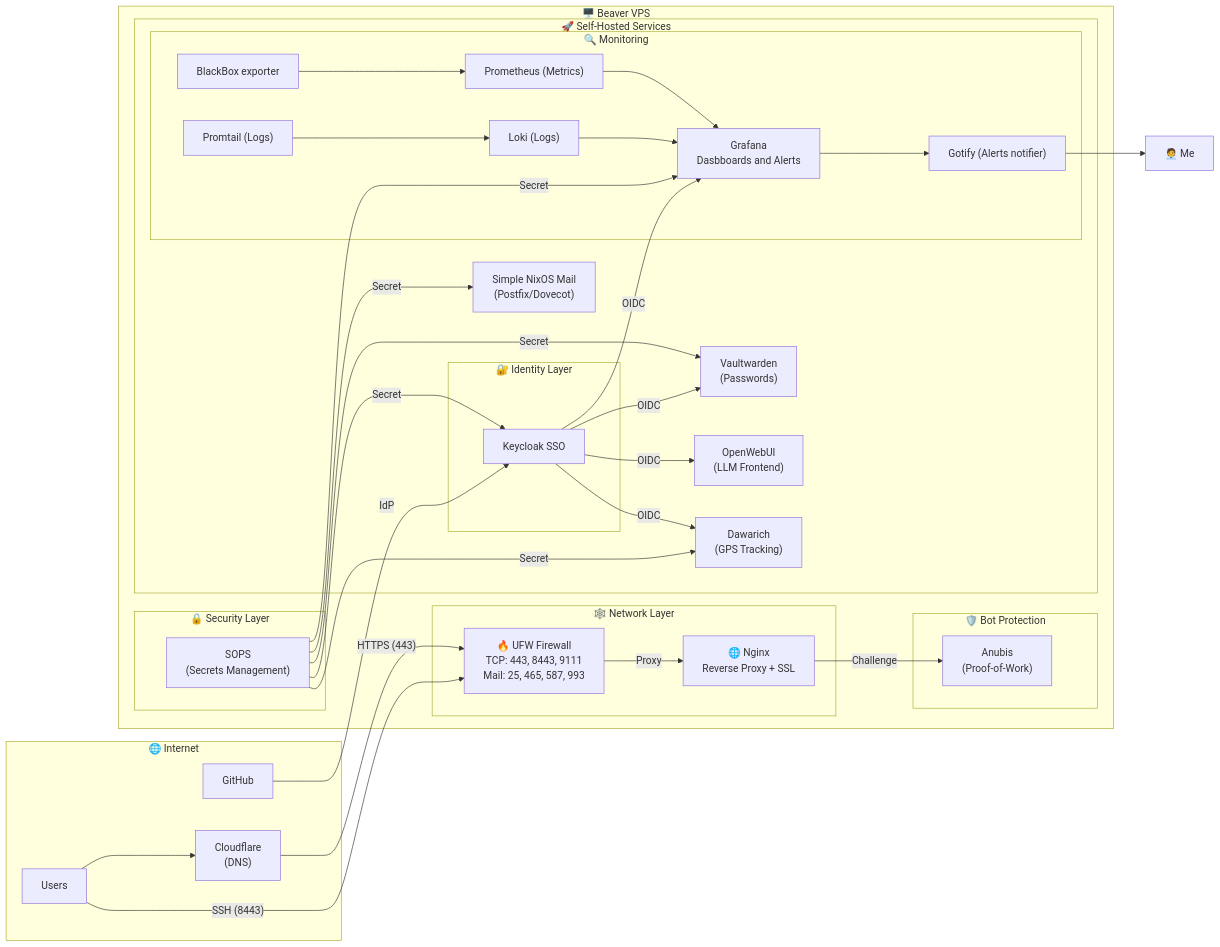
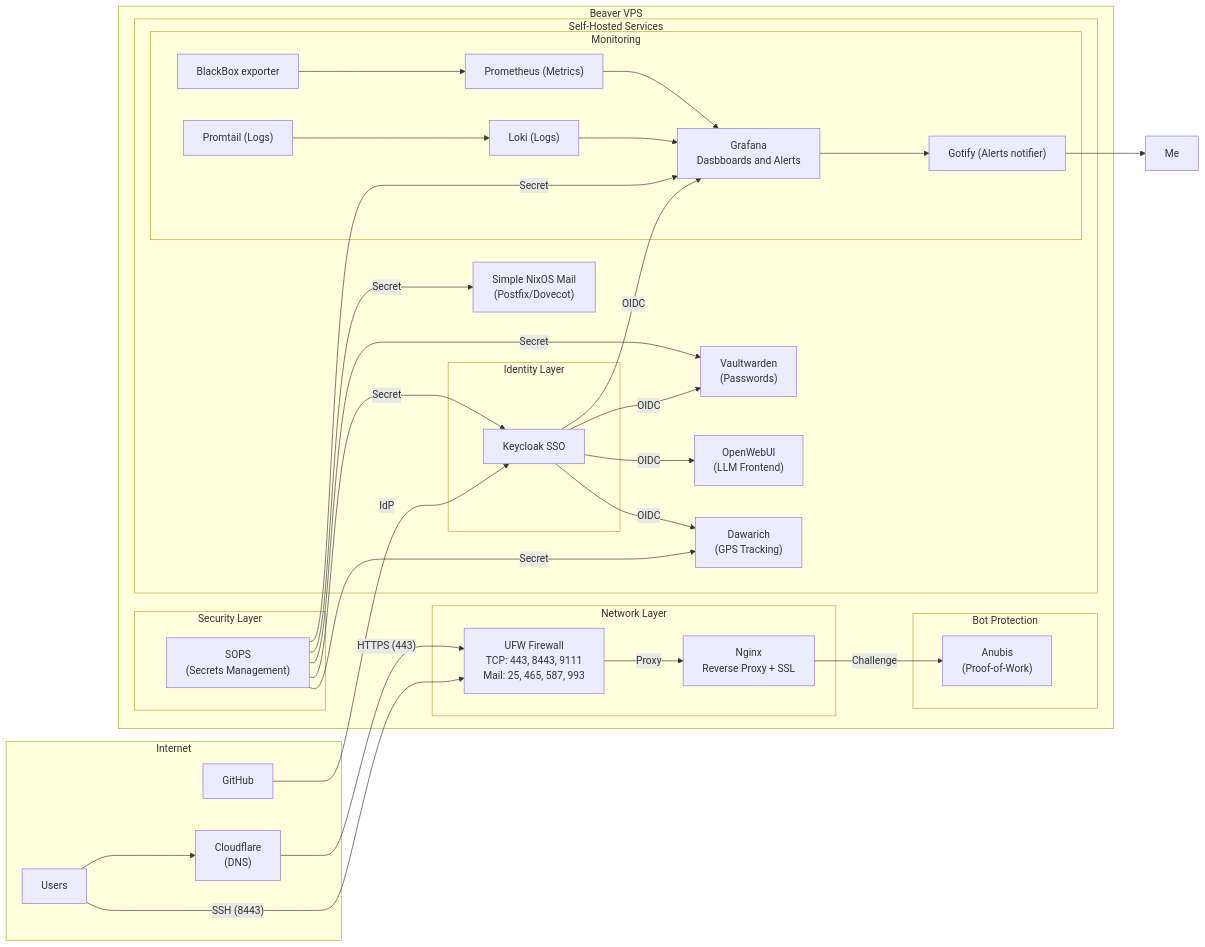
One commit to JustAlternate/nixcfg changed the diagram in README.md. Above: the diagram before and after it, drawn with Mermaid.

Commit message:
chores: readme

````diff
--- a/README.md
+++ b/README.md
@@ -34,81 +34,81 @@
 ```mermaid
 flowchart LR
-    Me["🧑‍💼 Me"]
-    subgraph Internet["🌐 Internet"]
+    Me["Me"]
+    subgraph Internet["Internet"]
         Users["Users"]
         GitHub["GitHub"]
         Cloudflare["Cloudflare<br/>(DNS)"]
     end
 
-    subgraph Beaver["🖥️ Beaver VPS"]
+    subgraph Beaver["Beaver VPS"]
         
-        subgraph Network["🕸️ Network Layer"]
-            Firewall["🔥 UFW Firewall<br/>TCP: 443, 8443, 9111<br/>Mail: 25, 465, 587, 993"]
-            Nginx["🌐 Nginx<br/>Reverse Proxy + SSL"]
+        subgraph Network["Network Layer"]
+            Firewall["UFW Firewall<br/>TCP: 443, 8443, 9111<br/>Mail: 25, 465, 587, 993"]
+            Nginx["Nginx<br/>Reverse Proxy + SSL"]
         end
 
-        subgraph AntiBot["🛡️ Bot Protection"]
+        subgraph AntiBot["Bot Protection"]
             Anubis["Anubis<br/>(Proof-of-Work)"]
         end
 
-        subgraph Security["🔒 Security Layer"]
+        subgraph Security["Security Layer"]
             Sops["SOPS<br/>(Secrets Management)"]
         end
 
-        subgraph Services["🚀 Self-Hosted Services"]
+        subgraph Services["Self-Hosted Services"]
             Vaultwarden["Vaultwarden<br/>(Passwords)"]
             OpenWebUI["OpenWebUI<br/>(LLM Frontend)"]
             Mail["Simple NixOS Mail<br/>(Postfix/Dovecot)"]
             Dawarich["Dawarich<br/>(GPS Tracking)"]
 
-            subgraph Monitoring["🔍 Monitoring"]
+            subgraph Monitoring["Monitoring"]
                 Gotify["Gotify (Alerts notifier)"]
                 BlackBox["BlackBox exporter"]
                 Promtail["Promtail (Logs)"]
                 Loki["Loki (Logs)"]
                 Prometheus["Prometheus (Metrics)"]
                 Grafana["Grafana<br/>Dasbboards and Alerts"]
             end
 
-            subgraph Auth["🔐 Identity Layer"]
+            subgraph Auth["Identity Layer"]
                 Keycloak["Keycloak SSO<br/>"]
             end
         end
     end
 
     %% External Traffic
     Users --> Cloudflare
     Cloudflare -->|"HTTPS (443)"| Firewall
     Users -->|"SSH (8443)"| Firewall
 
     %% Internal Routing
     Firewall -->|"Proxy"| Nginx
     Nginx -->|"Challenge"| Anubis
 
     %% Monitoring Flow
     BlackBox --> Prometheus
     Prometheus --> Grafana
     Promtail --> Loki
     Loki --> Grafana
 
     Sops -->|"Secret"| Grafana
 
     Keycloak -->|"OIDC"| Grafana
 
     Sops -->|"Secret"| Vaultwarden
     Sops -->|"Secret"| Mail
     Sops -->|"Secret"| Keycloak
 
     GitHub -->|"IdP"| Keycloak
 
     %% Auth Flow
     Keycloak -->|"OIDC"| OpenWebUI
     Keycloak -->|"OIDC"| Dawarich
     Keycloak -->|"OIDC"| Vaultwarden
 
     Sops -->|"Secret"| Dawarich
 
     Grafana --> Gotify
     Gotify --> Me
 
 ```
````
